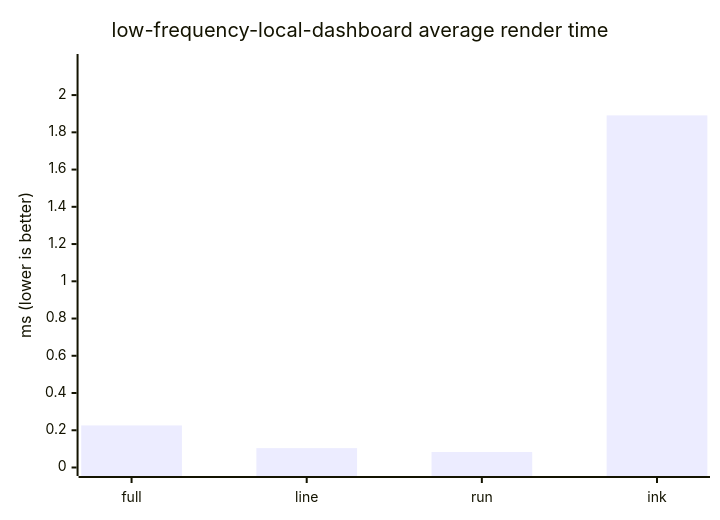
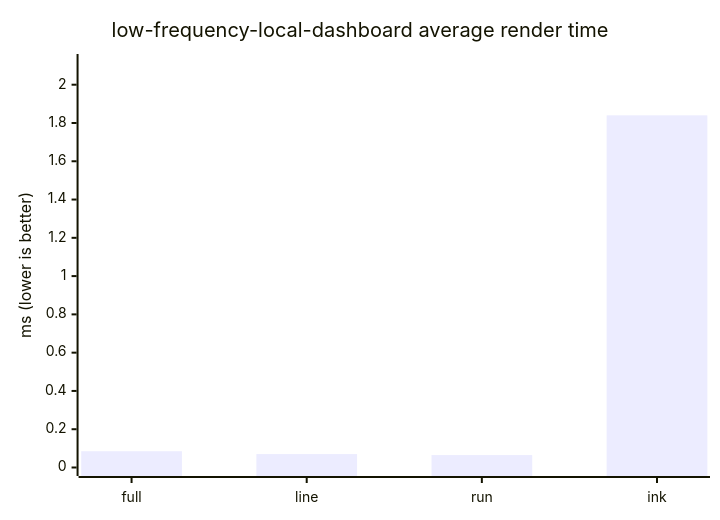
Before and after one commit to ByteLandTechnology/tinky: the first of 10 diagrams in docs/benchmark.md, drawn with Mermaid. The commit also changed other lines of this file and 13 other files, not shown here.

````diff
--- a/docs/benchmark.md
+++ b/docs/benchmark.md
@@ -52,7 +52,7 @@
 ```mermaid
 xychart-beta
     title "low-frequency-local-dashboard average render time"
     x-axis ["full", "line", "run", "ink"]
-    y-axis "ms (lower is better)" 0 --> 2.175
-    bar [0.226, 0.104, 0.083, 1.891]
+    y-axis "ms (lower is better)" 0 --> 2.116
+    bar [0.085, 0.07, 0.065, 1.84]
 ```
````
